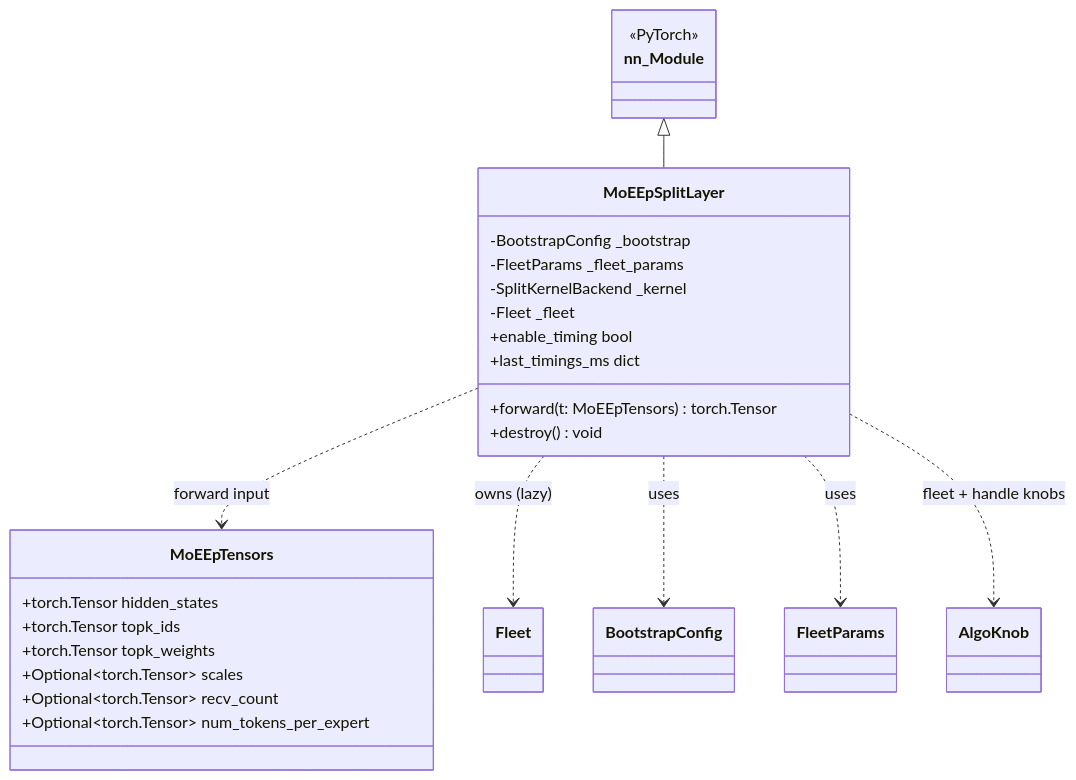
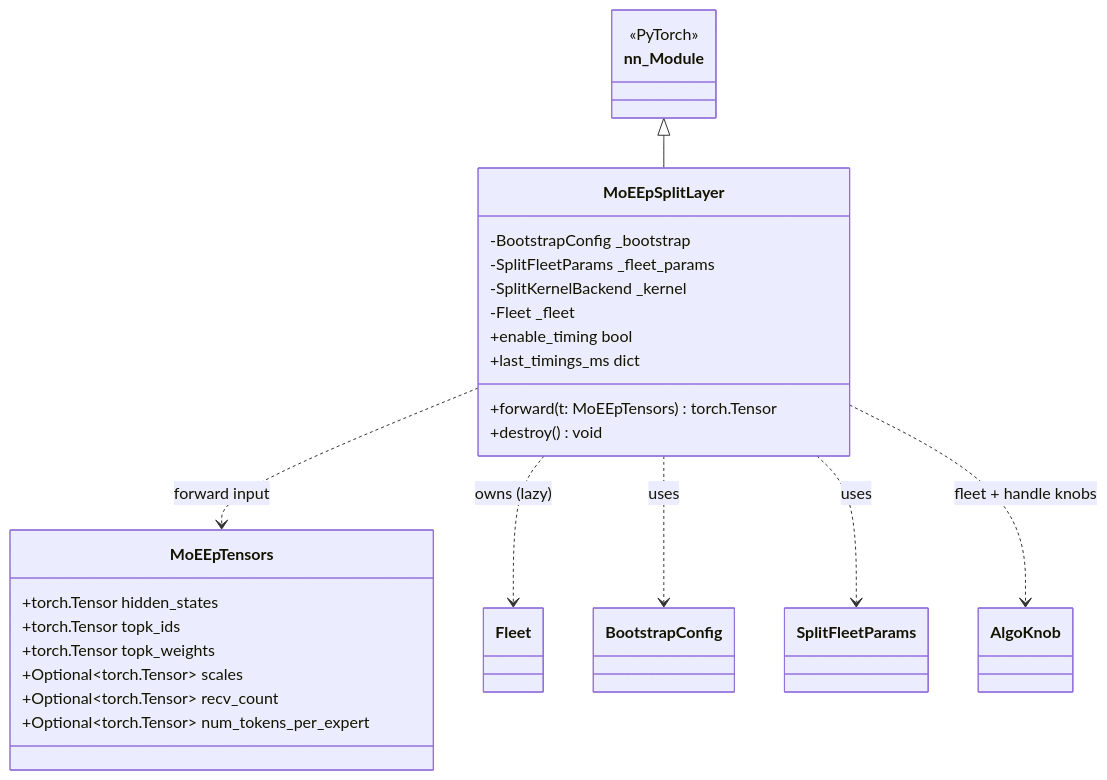
One commit to flashinfer-ai/flashinfer changed the fifth of 12 diagrams in docs/design_docs/moe_ep_current_design.md. Above: the diagram before and after it, drawn with Mermaid. The commit also changed other lines of this file and 49 other files, not shown here.

````diff
--- a/docs/design_docs/moe_ep_current_design.md
+++ b/docs/design_docs/moe_ep_current_design.md
@@ -237,35 +240,35 @@
 ```mermaid
 classDiagram
     direction TB
 
     class nn_Module {
         <<PyTorch>>
     }
 
     class MoEEpSplitLayer {
         -BootstrapConfig _bootstrap
-        -FleetParams _fleet_params
+        -SplitFleetParams _fleet_params
         -SplitKernelBackend _kernel
         -Fleet _fleet
         +forward(t: MoEEpTensors) torch.Tensor
         +destroy() void
         +enable_timing bool
         +last_timings_ms dict
     }
 
     class MoEEpTensors {
         +torch.Tensor hidden_states
         +torch.Tensor topk_ids
         +torch.Tensor topk_weights
         +Optional~torch.Tensor~ scales
         +Optional~torch.Tensor~ recv_count
         +Optional~torch.Tensor~ num_tokens_per_expert
     }
 
     nn_Module <|-- MoEEpSplitLayer
     MoEEpSplitLayer ..> MoEEpTensors : forward input
     MoEEpSplitLayer ..> Fleet : owns (lazy)
     MoEEpSplitLayer ..> BootstrapConfig : uses
-    MoEEpSplitLayer ..> FleetParams : uses
+    MoEEpSplitLayer ..> SplitFleetParams : uses
     MoEEpSplitLayer ..> AlgoKnob : fleet + handle knobs
 ```
````
